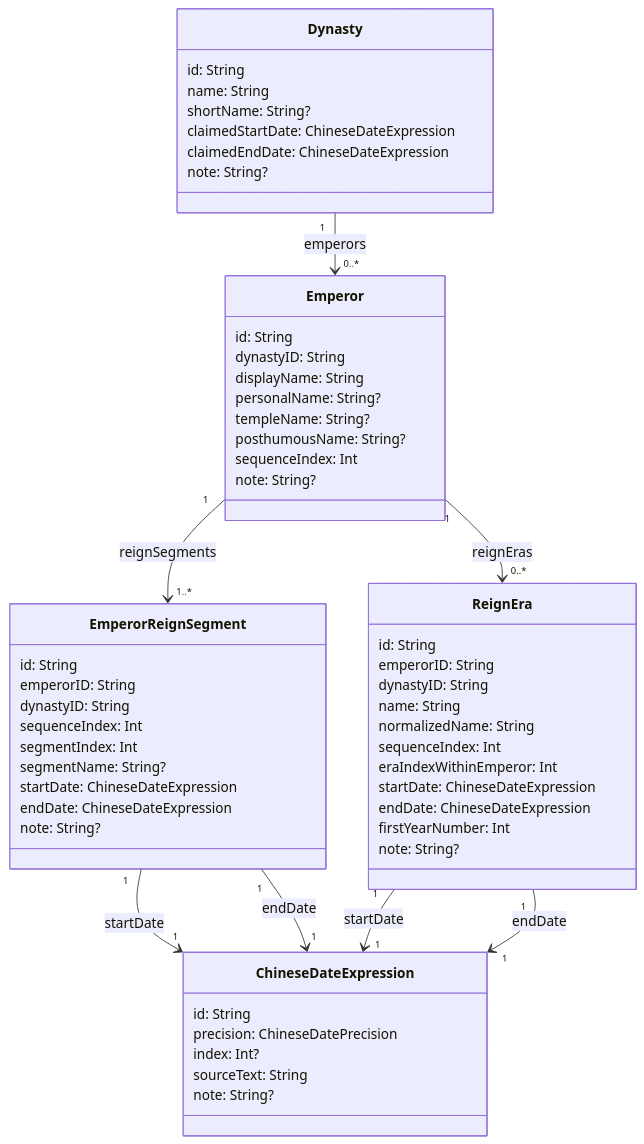
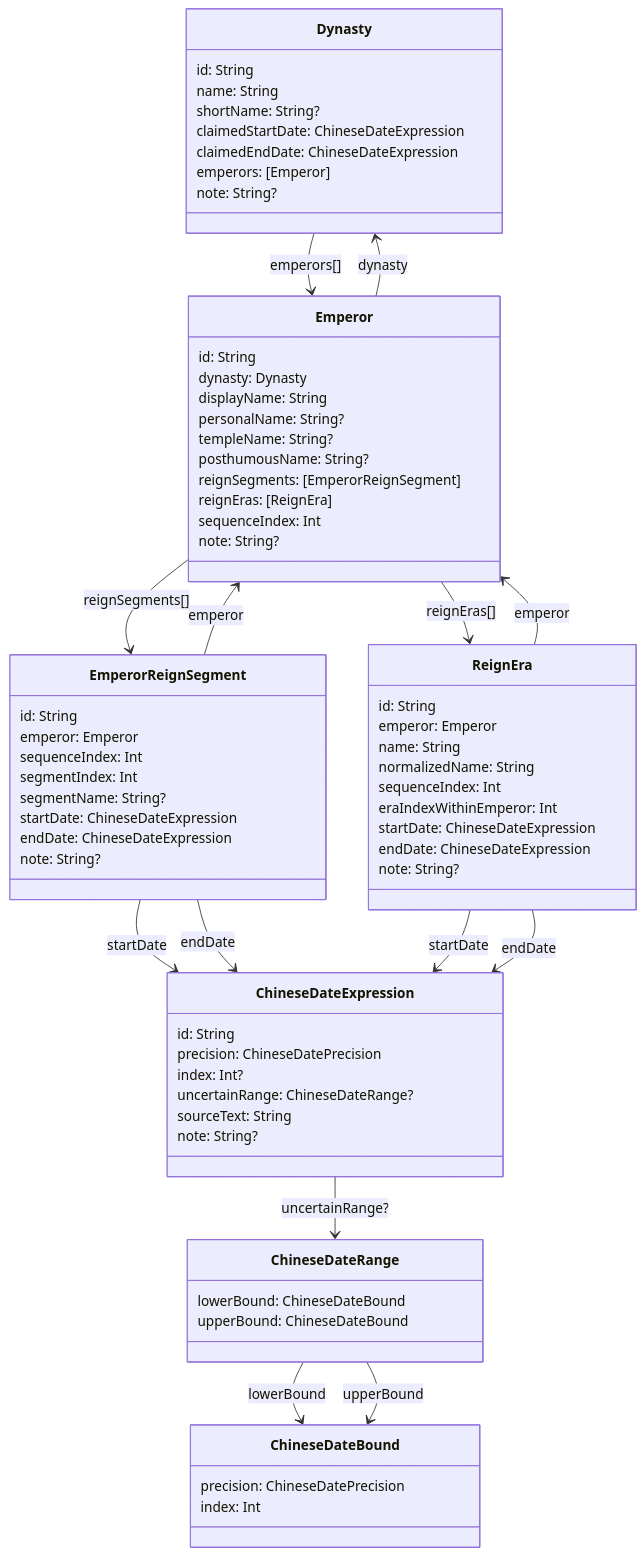
The diagram in Docs/data model/年号和皇帝.md (huahuahu/chinese-calendar), drawn with Mermaid before and after one commit. The commit also changed other lines of this file and 24 other files, not shown here.

Commit message:
Add reign era SwiftData seed data

````diff
--- a/Docs/data model/年号和皇帝.md
+++ b/Docs/data model/年号和皇帝.md
@@ -20,66 +91,81 @@
 ```mermaid
 classDiagram
-    direction TB
-
-    Dynasty "1" --> "0..*" Emperor : emperors
-    Emperor "1" --> "1..*" EmperorReignSegment : reignSegments
-    Emperor "1" --> "0..*" ReignEra : reignEras
-    EmperorReignSegment "1" --> "1" ChineseDateExpression : startDate
-    EmperorReignSegment "1" --> "1" ChineseDateExpression : endDate
-    ReignEra "1" --> "1" ChineseDateExpression : startDate
-    ReignEra "1" --> "1" ChineseDateExpression : endDate
+    Dynasty --> Emperor : emperors[]
+    Emperor --> Dynasty : dynasty
+    Emperor --> EmperorReignSegment : reignSegments[]
+    EmperorReignSegment --> Emperor : emperor
+    EmperorReignSegment --> ChineseDateExpression : startDate
+    EmperorReignSegment --> ChineseDateExpression : endDate
+    Emperor --> ReignEra : reignEras[]
+    ReignEra --> Emperor : emperor
+    ReignEra --> ChineseDateExpression : startDate
+    ReignEra --> ChineseDateExpression : endDate
+    ChineseDateExpression --> ChineseDateRange : uncertainRange?
+    ChineseDateRange --> ChineseDateBound : lowerBound
+    ChineseDateRange --> ChineseDateBound : upperBound
 
     class Dynasty {
         id: String
         name: String
         shortName: String?
         claimedStartDate: ChineseDateExpression
         claimedEndDate: ChineseDateExpression
+        emperors: [Emperor]
         note: String?
     }
 
     class Emperor {
         id: String
-        dynastyID: String
+        dynasty: Dynasty
         displayName: String
         personalName: String?
         templeName: String?
         posthumousName: String?
+        reignSegments: [EmperorReignSegment]
+        reignEras: [ReignEra]
         sequenceIndex: Int
         note: String?
     }
 
     class EmperorReignSegment {
         id: String
-        emperorID: String
-        dynastyID: String
+        emperor: Emperor
         sequenceIndex: Int
         segmentIndex: Int
         segmentName: String?
         startDate: ChineseDateExpression
         endDate: ChineseDateExpression
         note: String?
     }
 
     class ReignEra {
         id: String
-        emperorID: String
-        dynastyID: String
+        emperor: Emperor
         name: String
         normalizedName: String
         sequenceIndex: Int
         eraIndexWithinEmperor: Int
         startDate: ChineseDateExpression
         endDate: ChineseDateExpression
-        firstYearNumber: Int
         note: String?
     }
 
     class ChineseDateExpression {
         id: String
         precision: ChineseDatePrecision
         index: Int?
+        uncertainRange: ChineseDateRange?
         sourceText: String
         note: String?
     }
+
+    class ChineseDateRange {
+        lowerBound: ChineseDateBound
+        upperBound: ChineseDateBound
+    }
+
+    class ChineseDateBound {
+        precision: ChineseDatePrecision
+        index: Int
+    }
 ```
````
